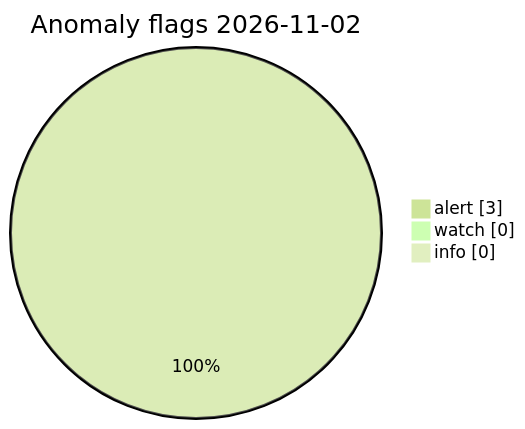
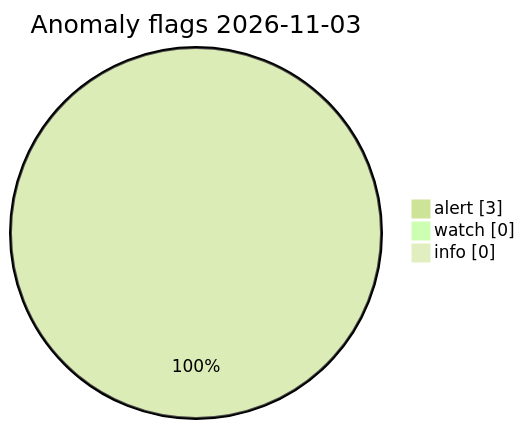
The diagram in visuals/latest/CHARTS.md (Midwest-Stratospheric/Unified-Open-Global-Weather), drawn with Mermaid (forest theme) before and after one commit. The commit also changed other lines of this file and 23 other files, not shown here.

Commit message:
data(visuals): automated charts 2026-11-03T12:31Z

````diff
--- a/visuals/latest/CHARTS.md
+++ b/visuals/latest/CHARTS.md
@@ -73,7 +73,7 @@
 ```mermaid
 pie showData
-  title Anomaly flags 2026-11-02
+  title Anomaly flags 2026-11-03
   "alert" : 3
   "watch" : 0
   "info" : 0
 ```
````
